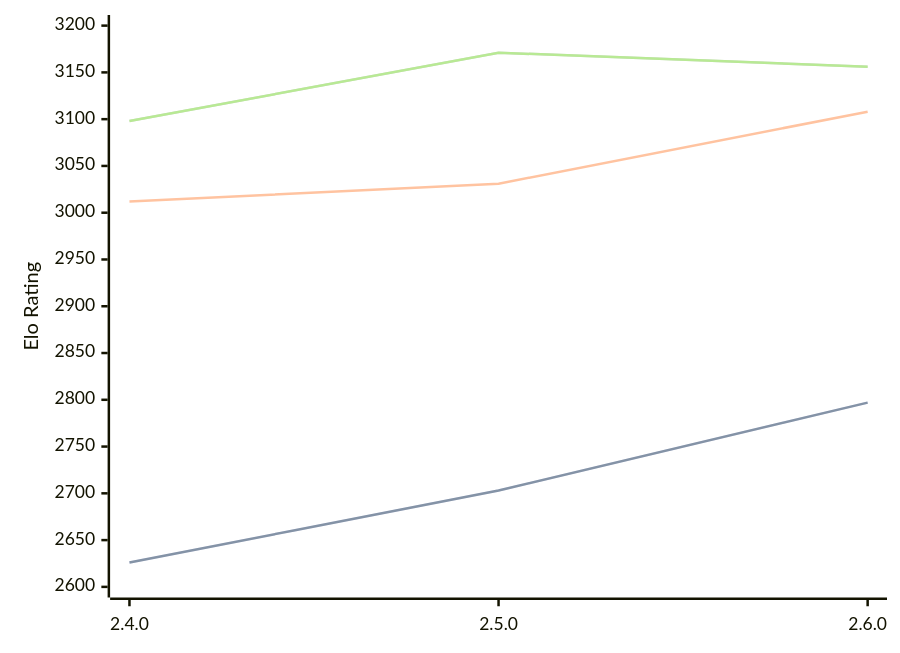
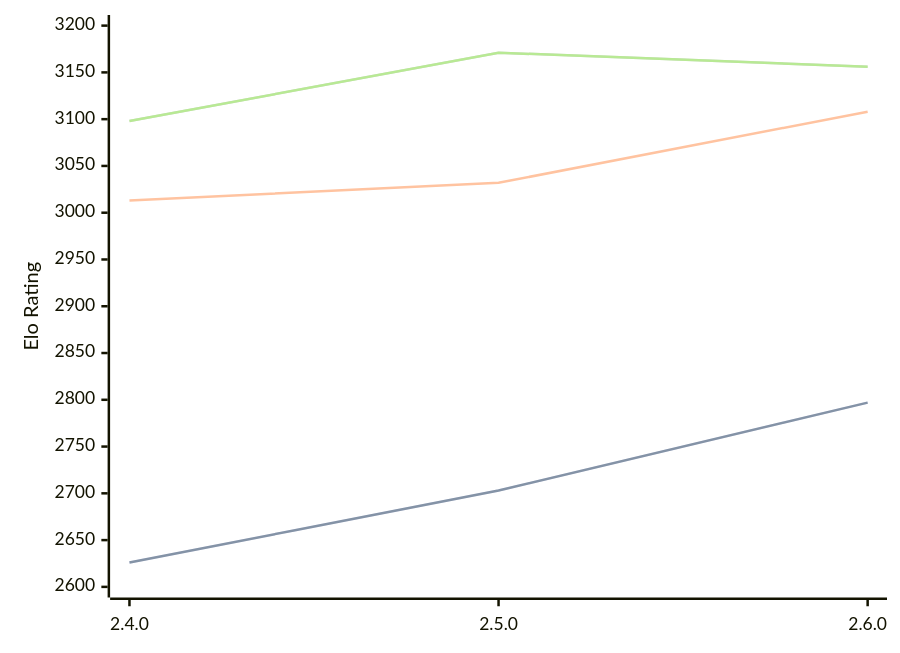
Before and after one commit to computer-chess-index/cci: the diagram in engines/Sturddle2.md, drawn with Mermaid. The commit also changed other lines of this file, not shown here.

````diff
--- a/engines/Sturddle2.md
+++ b/engines/Sturddle2.md
@@ -34,11 +34,11 @@
 ```mermaid
 %%{init: {"theme":"base","themeVariables":{"seriesColors:['#a3a3a3','#222221','#faa371']}}}%%
 xychart-beta
   x-axis ["2.4.0", "2.5.0", "2.6.0"]
   y-axis "Elo Rating" 2600 --> 3200
   line "" [2626, 2703, 2797]
   line "STC (8.0+0.08s)" [2626, 2703, 2797]
-  line "LTC (60.0+0.60s)" [3012, 3031, 3108]
+  line "LTC (60.0+0.60s)" [3013, 3032, 3108]
   line "" [3098, 3171, 3156]
   line "VLTC (2m24s+1.12s)" [3098, 3171, 3156]
 ```
````
